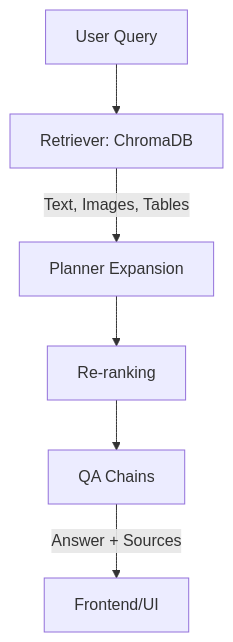
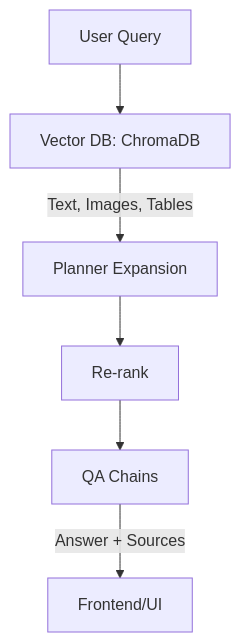
The diagram in readme.md (Rogan-afk/NutriNephra), drawn with Mermaid before and after one commit. The commit also changed other lines of this file, not shown here.

````diff
--- a/readme.md
+++ b/readme.md
@@ -43,8 +43,8 @@
 ```mermaid
 flowchart TD
-    A[User Query] --> B[Retriever: ChromaDB]
+    A[User Query] --> B[Vector DB: ChromaDB]
     B -->|Text, Images, Tables| C[Planner Expansion]
-    C --> D[Re-ranking]
+    C --> D[Re-rank]
     D --> E[QA Chains]
     E -->|Answer + Sources| F[Frontend/UI]
 ```
````
